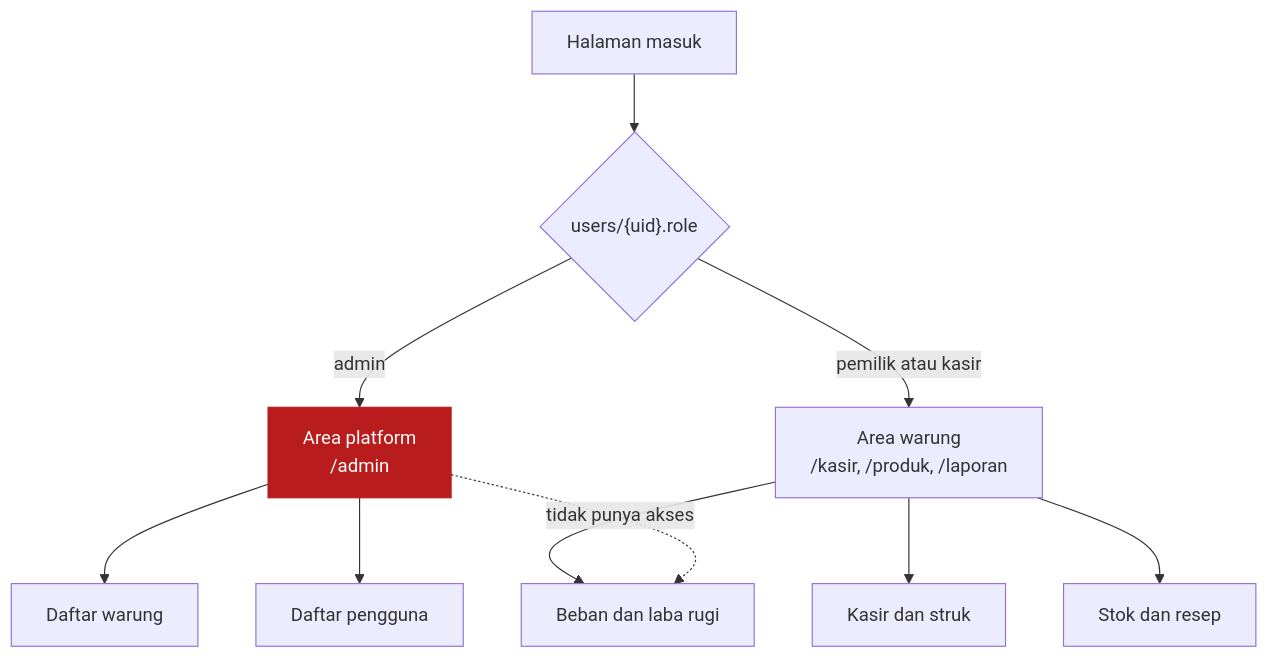
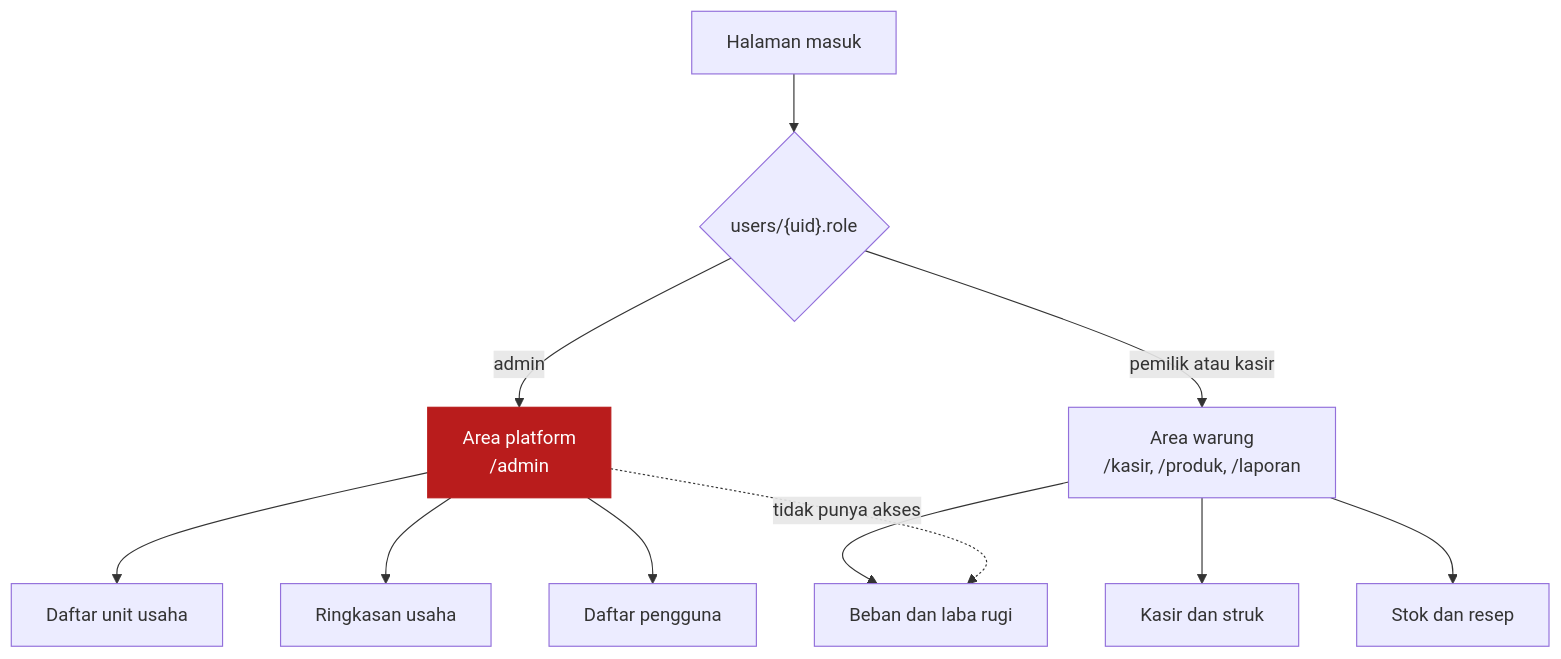
The first of 9 diagrams in docs/multi-warung.md (nadhimc/simple-pos-kkn-agung), drawn with Mermaid before and after one commit. The commit also changed other lines of this file and 6 other files, not shown here.

````diff
--- a/docs/multi-warung.md
+++ b/docs/multi-warung.md
@@ -11,19 +11,20 @@
 ```mermaid
 flowchart TB
   LOGIN["Halaman masuk"] --> GATE{"users/{uid}.role"}
 
   GATE -->|"admin"| ADMIN["Area platform<br/>/admin"]
   GATE -->|"pemilik atau kasir"| WARUNG["Area warung<br/>/kasir, /produk, /laporan"]
 
-  ADMIN --> A1["Daftar warung"]
-  ADMIN --> A2["Daftar pengguna"]
+  ADMIN --> A1["Daftar unit usaha"]
+  ADMIN --> A2["Ringkasan usaha"]
+  ADMIN --> A3["Daftar pengguna"]
 
   WARUNG --> W1["Kasir dan struk"]
   WARUNG --> W2["Stok dan resep"]
   WARUNG --> W3["Beban dan laba rugi"]
 
   ADMIN -.->|"tidak punya akses"| W3
 
   classDef no fill:#b91c1c,stroke:#b91c1c,color:#ffffff
   class ADMIN no
 ```
````
